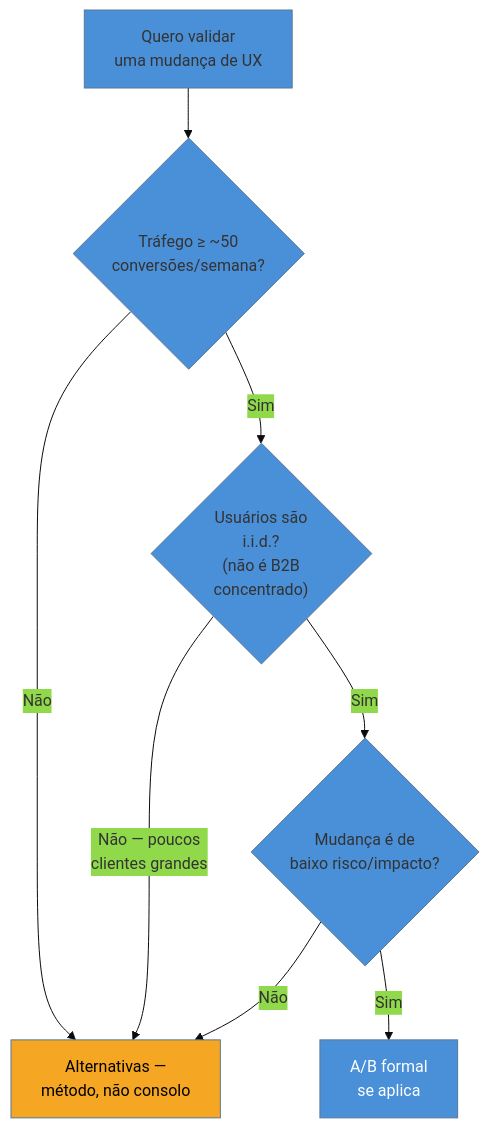
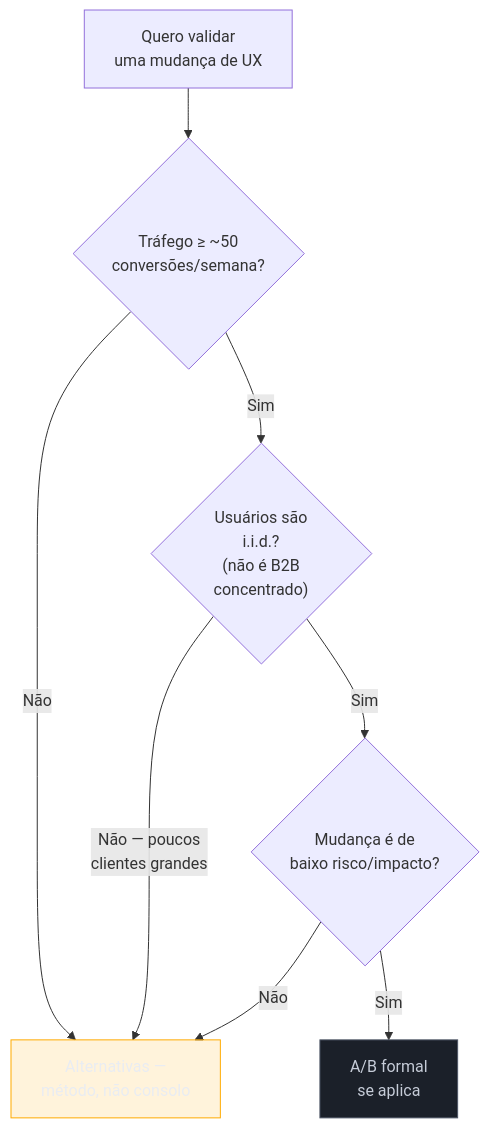
One commit to josenaldo/codex-technomanticus changed the first of 2 diagrams in 03-Dominios/Engenharia/UX/Medir, Validar e Sustentar/42 - Quando A-B não se aplica.md. Above: the diagram before and after it, drawn with Mermaid. The commit also changed other lines of this file and 1181 other files, not shown here.

First line of the commit message:
fix(diagramas): paleta do sistema no lugar de cor cravada no markdown

````diff
--- a/03-Dominios/Engenharia/UX/Medir, Validar e Sustentar/42 - Quando A-B não se aplica.md
+++ b/03-Dominios/Engenharia/UX/Medir, Validar e Sustentar/42 - Quando A-B não se aplica.md
@@ -36,13 +36,14 @@
 ```mermaid
-%%{init: {"theme": "base", "themeVariables": {"primaryColor": "#4A90D9"}}}%%
 graph TD
+    classDef neutro fill:#1B2029,stroke:#4E5666,color:#C6CCD8
+    classDef destaque fill:#FFAA0024,stroke:#FFAA00,color:#E9ECF2
     Q["Quero validar<br/>uma mudança de UX"] --> D1{"Tráfego ≥ ~50<br/>conversões/semana?"}
     D1 -->|"Não"| ALT["Alternativas —<br/>método, não consolo"]
     D1 -->|"Sim"| D2{"Usuários são<br/>i.i.d.?<br/>(não é B2B<br/>concentrado)"}
     D2 -->|"Não — poucos<br/>clientes grandes"| ALT
     D2 -->|"Sim"| D3{"Mudança é de<br/>baixo risco/impacto?"}
     D3 -->|"Não"| ALT
     D3 -->|"Sim"| AB["A/B formal<br/>se aplica"]
-    style AB fill:#4A90D9,color:#fff
-    style ALT fill:#F5A623,color:#000
+    class AB neutro
+    class ALT destaque
 ```
````
